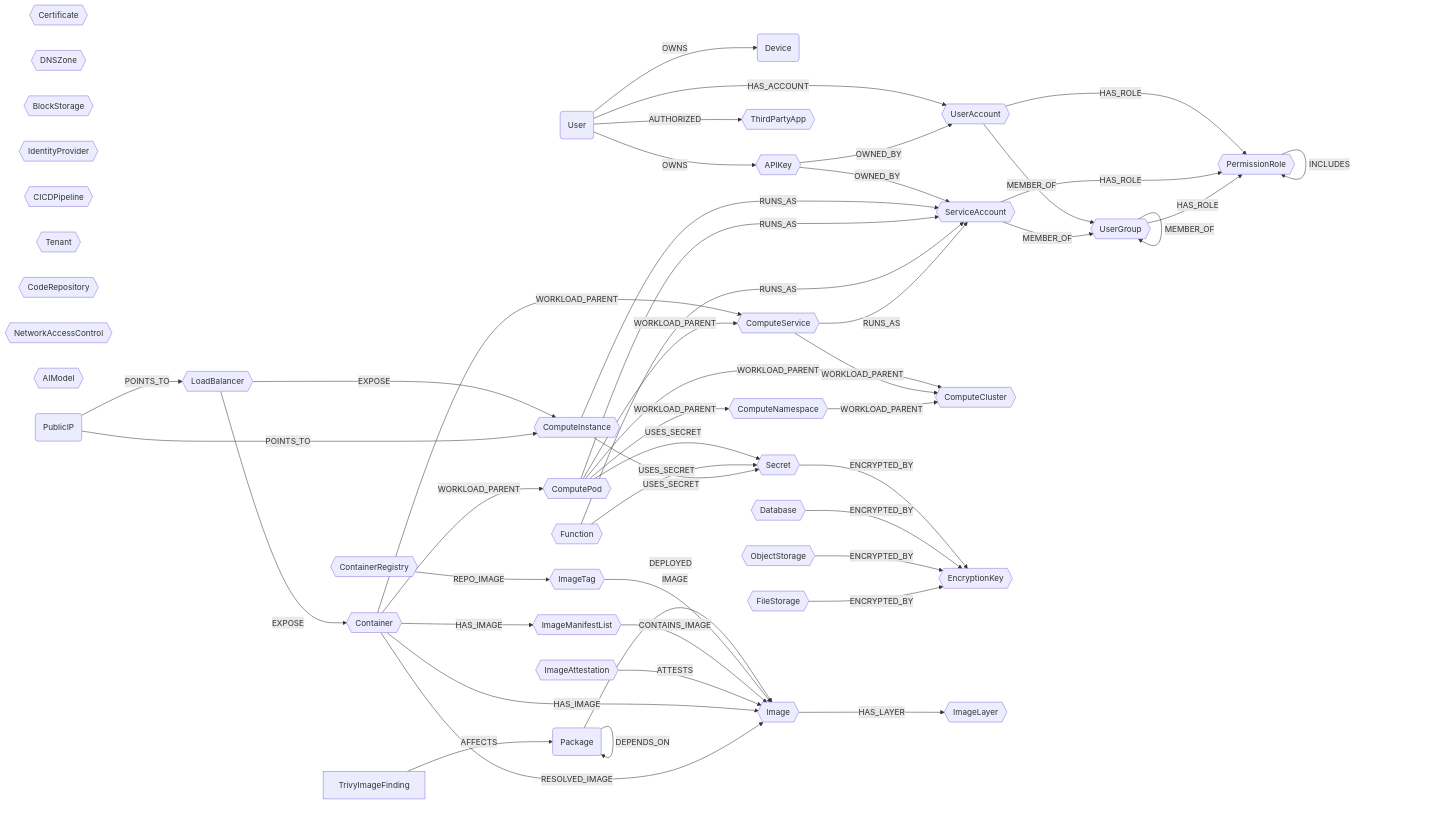
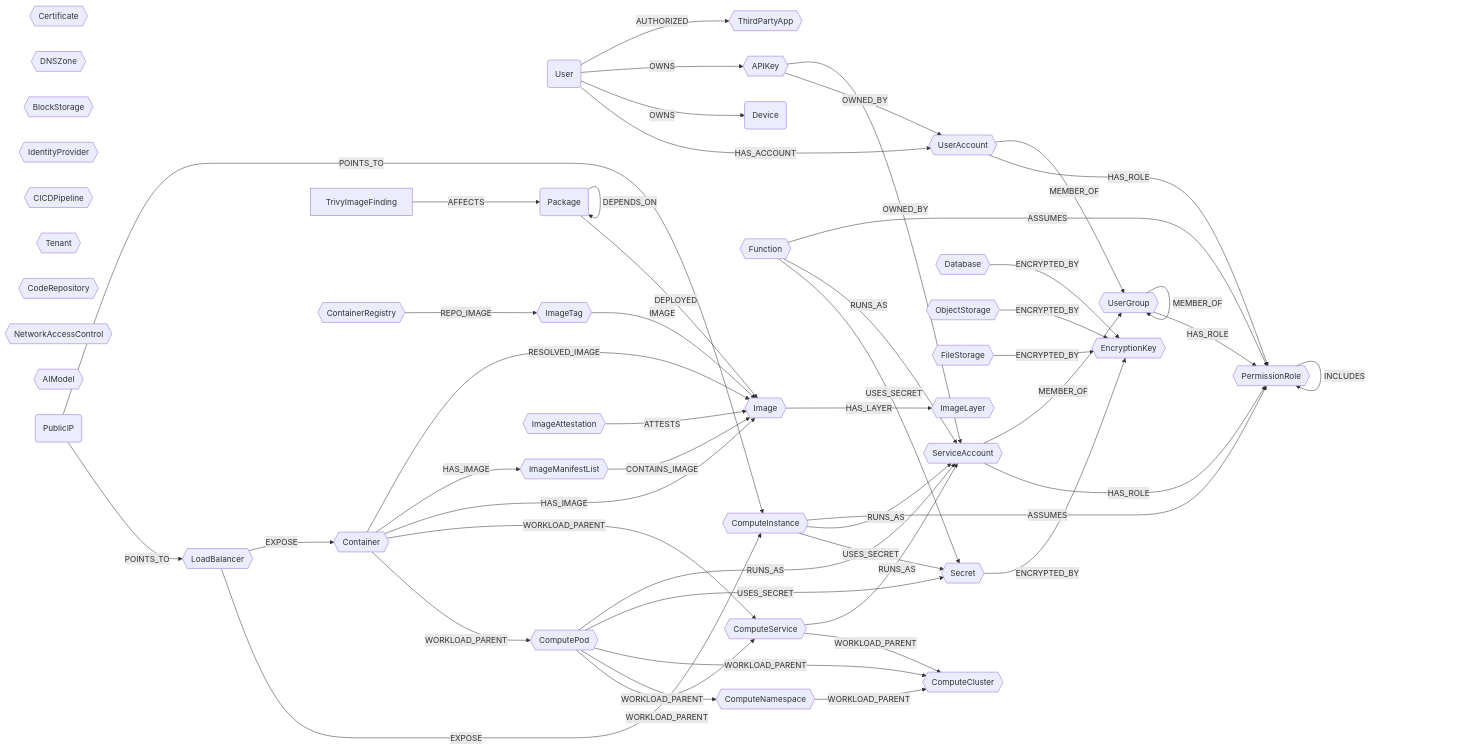
One commit to cartography-cncf/cartography changed the diagram in docs/root/modules/ontology/schema.md. Above: the diagram before and after it, drawn with Mermaid. The commit also changed other lines of this file and 4 other files, not shown here.

````diff
--- a/docs/root/modules/ontology/schema.md
+++ b/docs/root/modules/ontology/schema.md
@@ -6,72 +6,74 @@
 ```mermaid
 graph LR
 
 U(User) -- HAS_ACCOUNT --> UA{{UserAccount}}
 U -- OWNS --> CC(Device)
 U -- OWNS --> AK{{APIKey}}
 U -- AUTHORIZED --> OA{{ThirdPartyApp}}
 UG{{UserGroup}}
 SA{{ServiceAccount}}
 CERT{{Certificate}}
 LB{{LoadBalancer}} -- EXPOSE --> CI{{ComputeInstance}}
 LB{{LoadBalancer}} -- EXPOSE --> CT{{Container}}
 CL{{ComputeCluster}}
 CS{{ComputeService}}
 CNS{{ComputeNamespace}}
 CP{{ComputePod}}
 CT -- WORKLOAD_PARENT --> CP
 CT -- WORKLOAD_PARENT --> CS
 CP -- WORKLOAD_PARENT --> CS
 CP -- WORKLOAD_PARENT --> CNS
 CP -- WORKLOAD_PARENT --> CL
 CS -- WORKLOAD_PARENT --> CL
 CNS -- WORKLOAD_PARENT --> CL
 DB{{Database}}
 DZ{{DNSZone}}
 OS{{ObjectStorage}}
 FS{{FileStorage}}
 BS{{BlockStorage}}
 IDP{{IdentityProvider}}
 CICD{{CICDPipeline}}
 TN{{Tenant}}
 FN{{Function}}
 REPO{{CodeRepository}}
 SC{{Secret}}
 EK{{EncryptionKey}}
 SC -- ENCRYPTED_BY --> EK
 DB -- ENCRYPTED_BY --> EK
 OS -- ENCRYPTED_BY --> EK
 FS -- ENCRYPTED_BY --> EK
 CP -- USES_SECRET --> SC
 FN -- USES_SECRET --> SC
 CI -- USES_SECRET --> SC
 PR{{PermissionRole}}
 UA -- HAS_ROLE --> PR
 SA -- HAS_ROLE --> PR
 UG -- HAS_ROLE --> PR
 PR -- INCLUDES --> PR
 UA -- MEMBER_OF --> UG
 SA -- MEMBER_OF --> UG
 UG -- MEMBER_OF --> UG
 AK -- OWNED_BY --> UA
 AK -- OWNED_BY --> SA
 CI -- RUNS_AS --> SA
 CP -- RUNS_AS --> SA
 FN -- RUNS_AS --> SA
 CS -- RUNS_AS --> SA
+CI -- ASSUMES --> PR
+FN -- ASSUMES --> PR
 NAC{{NetworkAccessControl}}
 AIM{{AIModel}}
 PIP(PublicIP) -- POINTS_TO --> LB
 PIP -- POINTS_TO --> CI
 PKG(Package) -- DEPLOYED --> IM{{Image}}
 PKG -- DEPENDS_ON --> PKG
 F[TrivyImageFinding] -- AFFECTS --> PKG
 CR{{ContainerRegistry}} -- REPO_IMAGE --> IT{{ImageTag}}
 IT -- IMAGE --> IM
 IML{{ImageManifestList}} -- CONTAINS_IMAGE --> IM
 IA{{ImageAttestation}} -- ATTESTS --> IM
 IM -- HAS_LAYER --> IL{{ImageLayer}}
 CT -- HAS_IMAGE --> IM
 CT -- HAS_IMAGE --> IML
 CT -- RESOLVED_IMAGE --> IM
 ```
````
